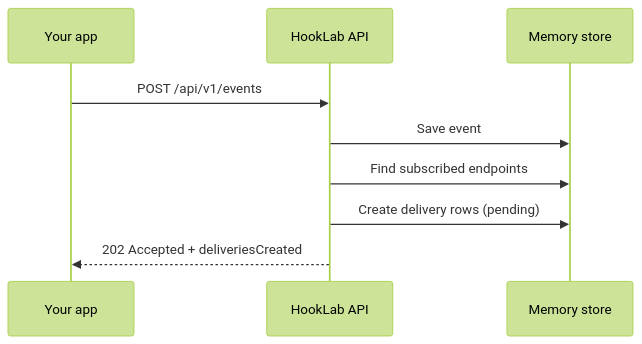
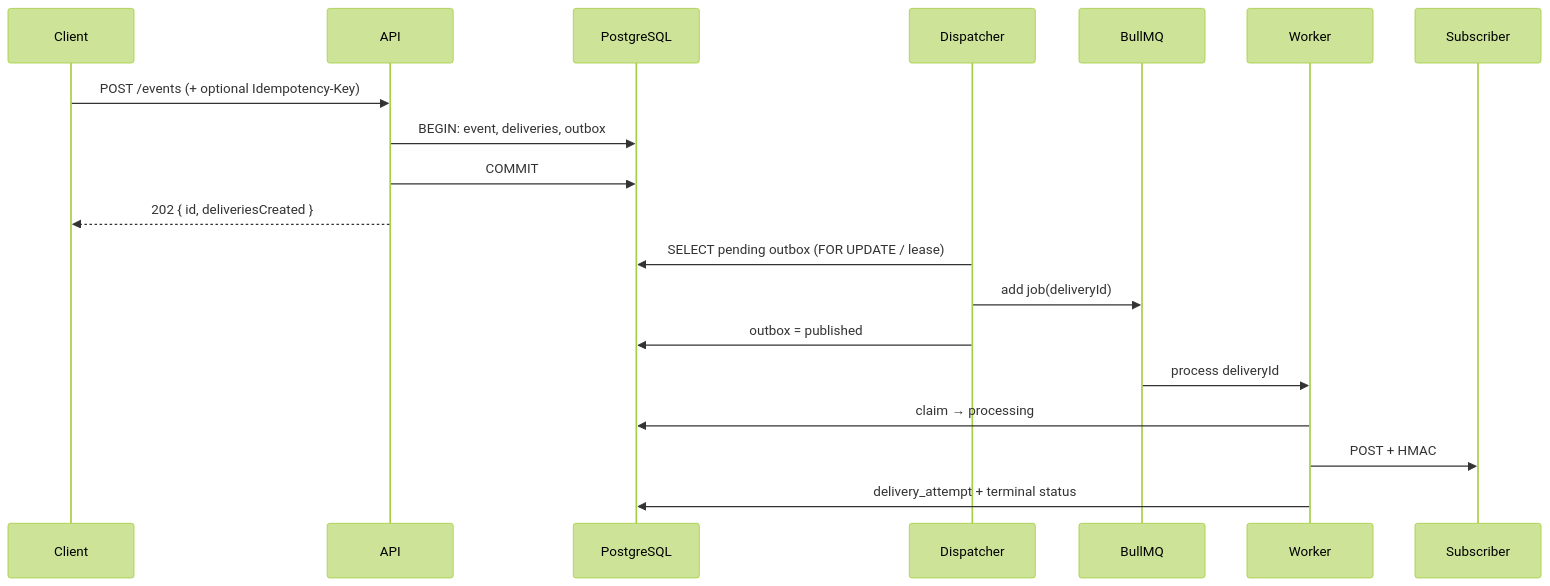
Before and after one commit to Thanmaya-K-N/hooklab: the second of 2 diagrams in docs/event-lifecycle.md, drawn with Mermaid (forest theme). The commit also changed other lines of this file and 17 other files, not shown here.

````diff
--- a/docs/event-lifecycle.md
+++ b/docs/event-lifecycle.md
@@ -5,11 +20,24 @@
 ```mermaid
 sequenceDiagram
-  participant Client as Your app
-  participant API as HookLab API
-  participant Store as Memory store
-  Client->>API: POST /api/v1/events
-  API->>Store: Save event
-  API->>Store: Find subscribed endpoints
-  API->>Store: Create delivery rows (pending)
-  API-->>Client: 202 Accepted + deliveriesCreated
+  participant Client
+  participant API
+  participant PG as PostgreSQL
+  participant Dispatcher
+  participant Queue as BullMQ
+  participant Worker
+  participant Sub as Subscriber
+
+  Client->>API: POST /events (+ optional Idempotency-Key)
+  API->>PG: BEGIN: event, deliveries, outbox
+  API->>PG: COMMIT
+  API-->>Client: 202 { id, deliveriesCreated }
+
+  Dispatcher->>PG: SELECT pending outbox (FOR UPDATE / lease)
+  Dispatcher->>Queue: add job(deliveryId)
+  Dispatcher->>PG: outbox = published
+
+  Queue->>Worker: process deliveryId
+  Worker->>PG: claim → processing
+  Worker->>Sub: POST + HMAC
+  Worker->>PG: delivery_attempt + terminal status
 ```
````
